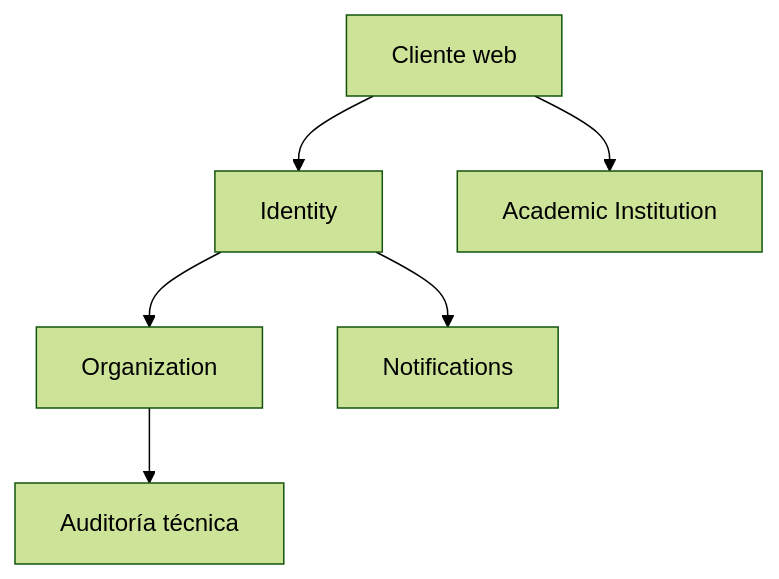
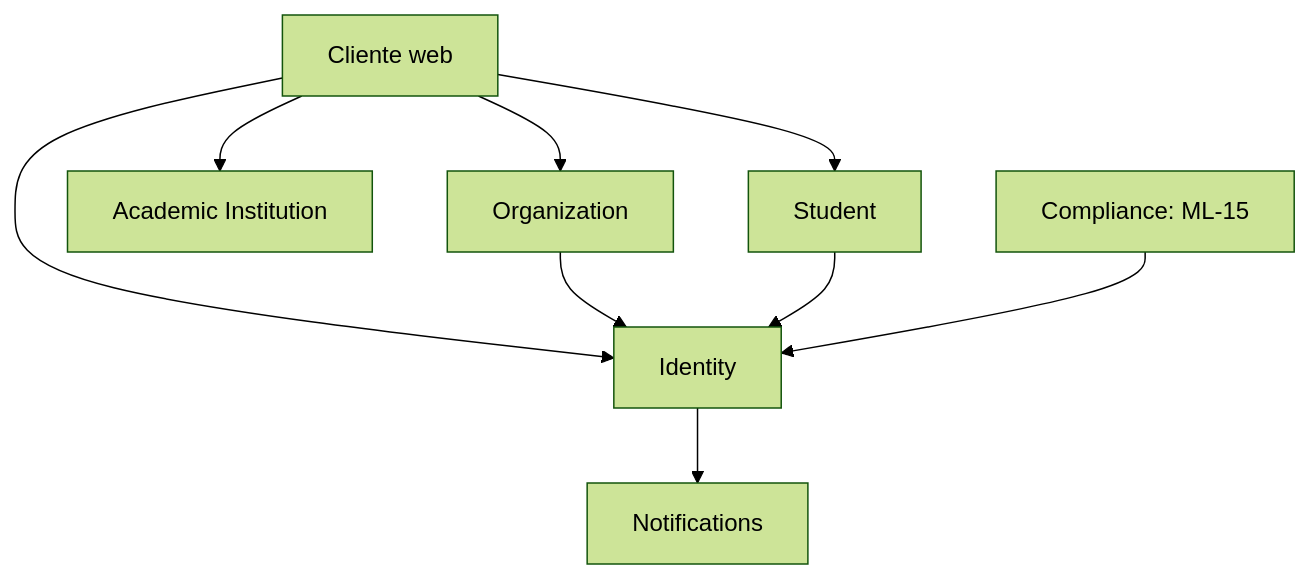
Before and after one commit to omarjtoscano/propractix-v2: the first of 2 diagrams in docs/plans/increment-01-plan.md, drawn with Mermaid (forest theme). The commit also changed other lines of this file and 11 other files, not shown here.

````diff
--- a/docs/plans/increment-01-plan.md
+++ b/docs/plans/increment-01-plan.md
@@ -37,8 +56,11 @@
 ```mermaid
 flowchart TD
-    UI["Cliente web"] --> ID["Identity"]
-    ID --> ORG["Organization"]
-    UI --> INST["Academic Institution"]
+    WEB["Cliente web"] --> ID["Identity"]
+    WEB --> ORG["Organization"]
+    WEB --> INST["Academic Institution"]
+    WEB --> STU["Student"]
+    ORG --> ID
+    STU --> ID
     ID --> NOTIF["Notifications"]
-    ORG --> AUDIT["Auditoría técnica"]
+    COMP["Compliance: ML-15"] --> ID
 ```
````
